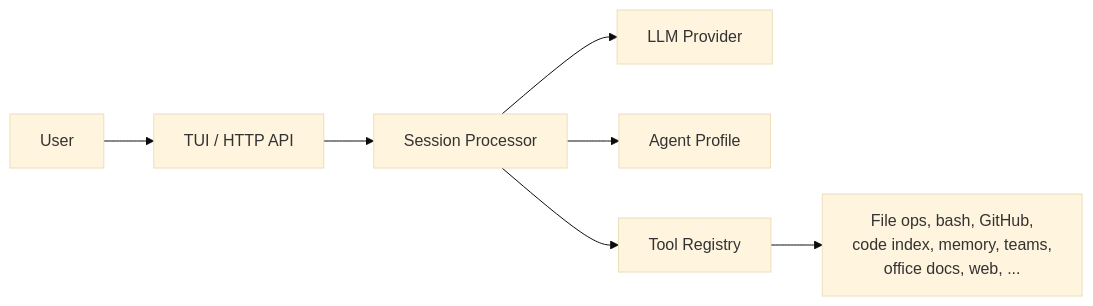
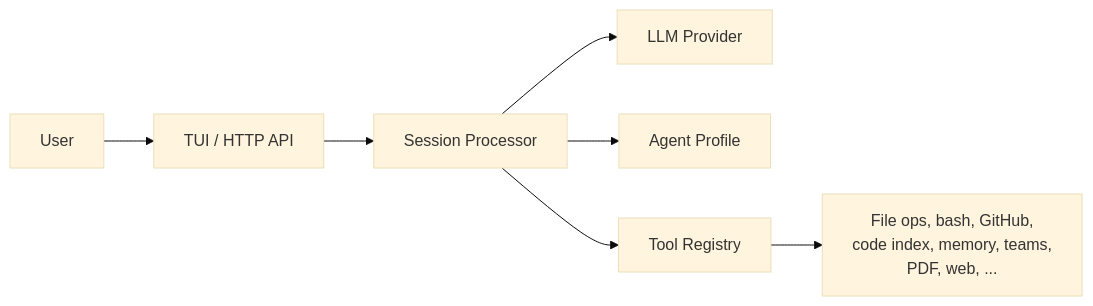
The first of 20 diagrams in SPEC.md (thawkins/ragent), drawn with Mermaid (base theme) before and after one commit. The commit also changed other lines of this file and 204 other files, not shown here.

````diff
--- a/SPEC.md
+++ b/SPEC.md
@@ -48,10 +48,10 @@
 ```mermaid
 graph LR
     User[User] --> TUI[TUI / HTTP API]
     TUI --> SP[Session Processor]
     SP --> LLM[LLM Provider]
     SP --> AP[Agent Profile]
     SP --> TR[Tool Registry]
-          TR --> Tools[File ops, bash, GitHub,<br/>code index, memory, teams,<br/>office docs, web, ...]
+          TR --> Tools[File ops, bash, GitHub,<br/>code index, memory, teams,<br/>PDF, web, ...]
 
 ```
````
